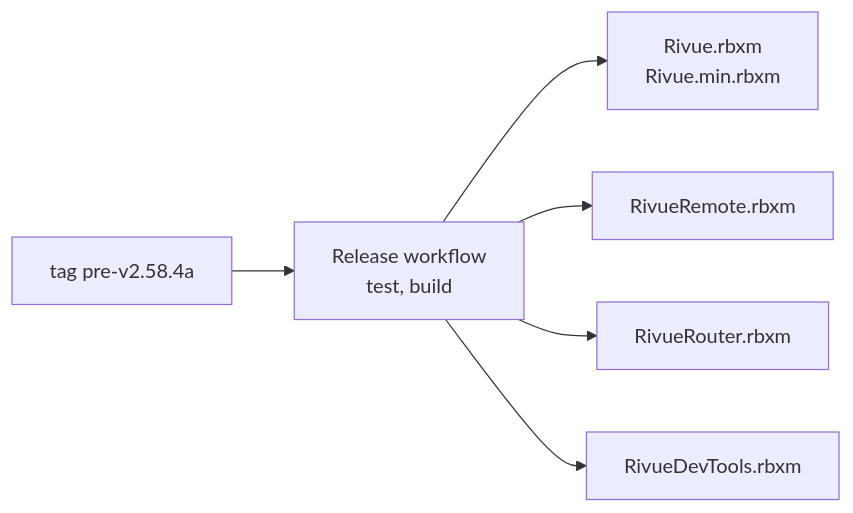
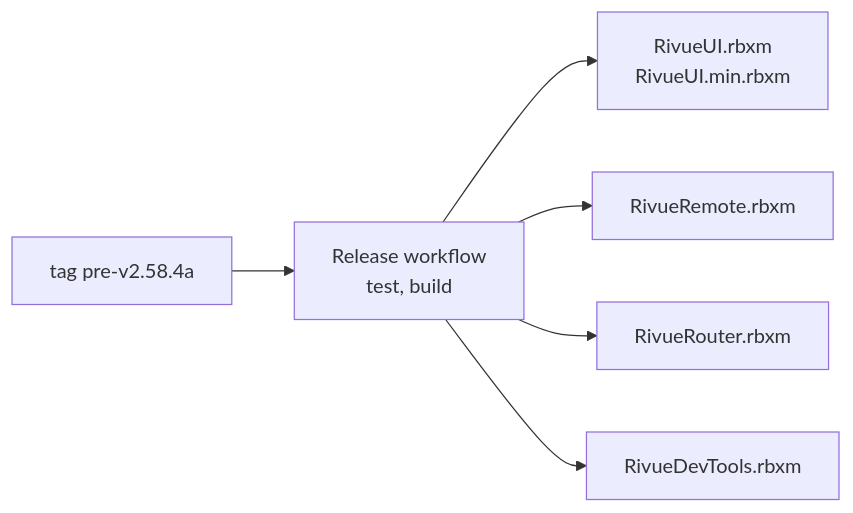
The first of 2 diagrams in docs/RELEASING.md (linhisreal/Rivue), drawn with Mermaid before and after one commit. The commit also changed other lines of this file and 99 other files, not shown here.

````diff
--- a/docs/RELEASING.md
+++ b/docs/RELEASING.md
@@ -19,8 +19,8 @@
 ```mermaid
 flowchart LR
     T["tag pre-v2.58.4a"] --> W["Release workflow<br/>test, build"]
-    W --> R1["Rivue.rbxm<br/>Rivue.min.rbxm"]
+    W --> R1["RivueUI.rbxm<br/>RivueUI.min.rbxm"]
     W --> R2["RivueRemote.rbxm"]
     W --> R4["RivueRouter.rbxm"]
     W --> R3["RivueDevTools.rbxm"]
 ```
````
